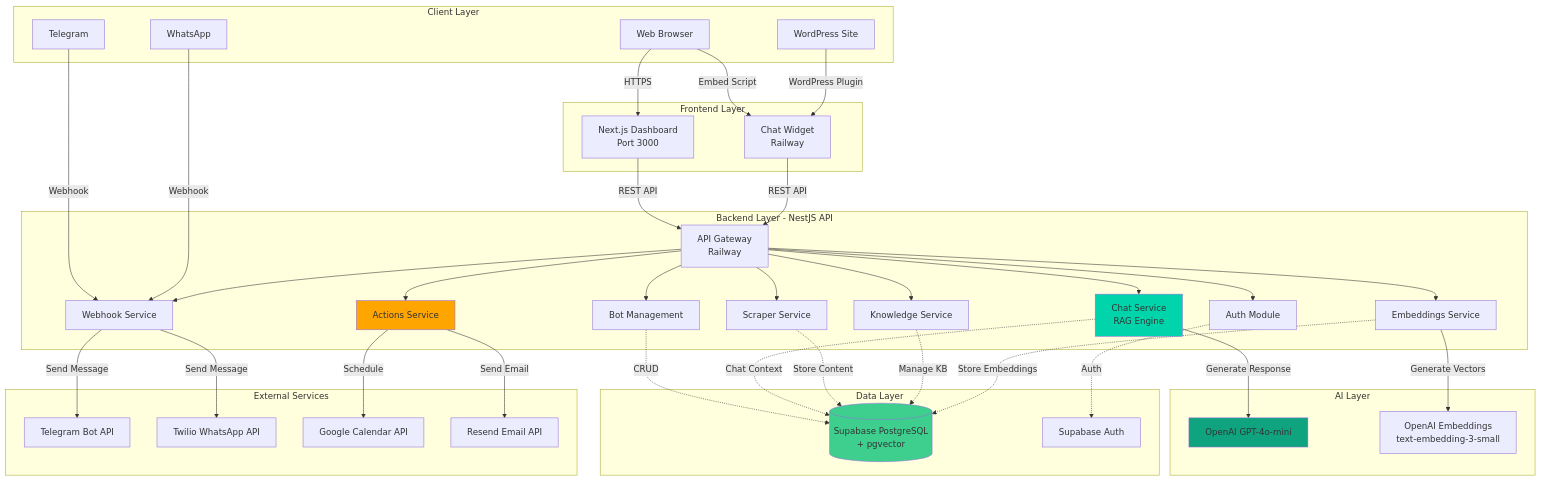
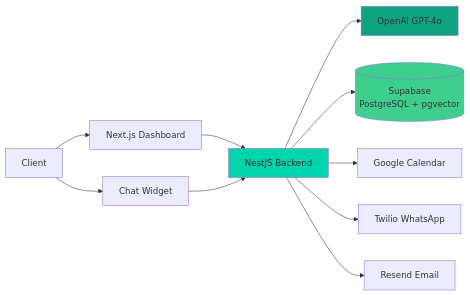
Before and after one commit to michalwilman/AgentDesk: the diagram in README.md, drawn with Mermaid. The commit also changed other lines of this file, not shown here.

````diff
--- a/README.md
+++ b/README.md
@@ -106,80 +114,16 @@
 ```mermaid
-graph TB
-    subgraph "Client Layer"
-        A[Web Browser]
-        B[Telegram]
-        C[WhatsApp]
-        D[WordPress Site]
-    end
+graph LR
+    A[Client] --> B[Next.js Dashboard]
+    A --> C[Chat Widget]
+    B --> D[NestJS Backend]
+    C --> D
+    D --> E[OpenAI GPT-4o]
+    D --> F[(Supabase<br/>PostgreSQL + pgvector)]
+    D --> G[Google Calendar]
+    D --> H[Twilio WhatsApp]
+    D --> I[Resend Email]
     
-    subgraph "Frontend Layer"
-        E[Next.js Dashboard<br/>Port 3000]
-        F[Chat Widget<br/>Railway]
-    end
-    
-    subgraph "Backend Layer - NestJS API"
-        G[API Gateway<br/>Railway]
-        H[Auth Module]
-        I[Bot Management]
-        J[Chat Service<br/>RAG Engine]
-        K[Webhook Service]
-        L[Scraper Service]
-        M[Knowledge Service]
-        N[Embeddings Service]
-        O[Actions Service]
-    end
-    
-    subgraph "AI Layer"
-        P[OpenAI GPT-4o-mini]
-        Q[OpenAI Embeddings<br/>text-embedding-3-small]
-    end
-    
-    subgraph "Data Layer"
-        R[(Supabase PostgreSQL<br/>+ pgvector)]
-        S[Supabase Auth]
-    end
-    
-    subgraph "External Services"
-        T[Telegram Bot API]
-        U[Twilio WhatsApp API]
-        V[Google Calendar API]
-        W[Resend Email API]
-    end
-    
-    A -->|HTTPS| E
-    A -->|Embed Script| F
-    B -->|Webhook| K
-    C -->|Webhook| K
-    D -->|WordPress Plugin| F
-    
-    E -->|REST API| G
-    F -->|REST API| G
-    
-    G --> H
-    G --> I
-    G --> J
-    G --> K
-    G --> L
-    G --> M
-    G --> N
-    G --> O
-    
-    H -.->|Auth| S
-    I -.->|CRUD| R
-    J -.->|Chat Context| R
-    J -->|Generate Response| P
-    L -.->|Store Content| R
-    M -.->|Manage KB| R
-    N -->|Generate Vectors| Q
-    N -.->|Store Embeddings| R
-    O -->|Schedule| V
-    O -->|Send Email| W
-    
-    K -->|Send Message| T
-    K -->|Send Message| U
-    
-    style J fill:#00d4aa
-    style P fill:#10a37f
-    style R fill:#3ecf8e
-    style O fill:#ffa500
+    style D fill:#00d4aa
+    style E fill:#10a37f
+    style F fill:#3ecf8e
 ```
````
